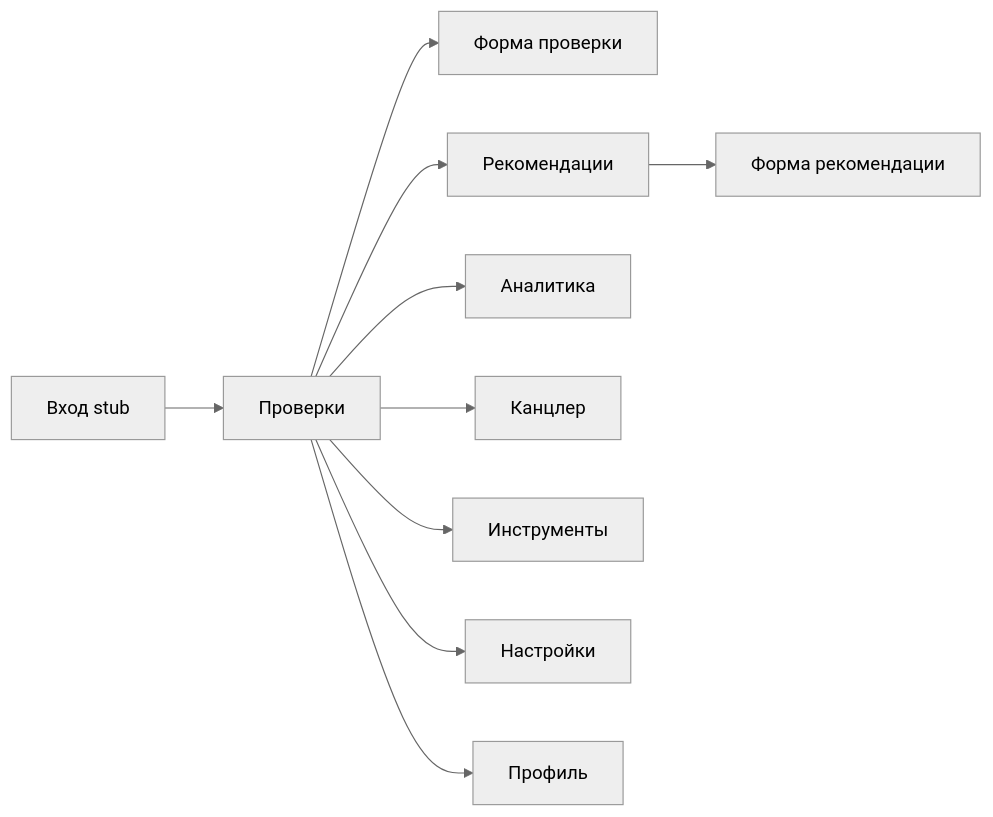
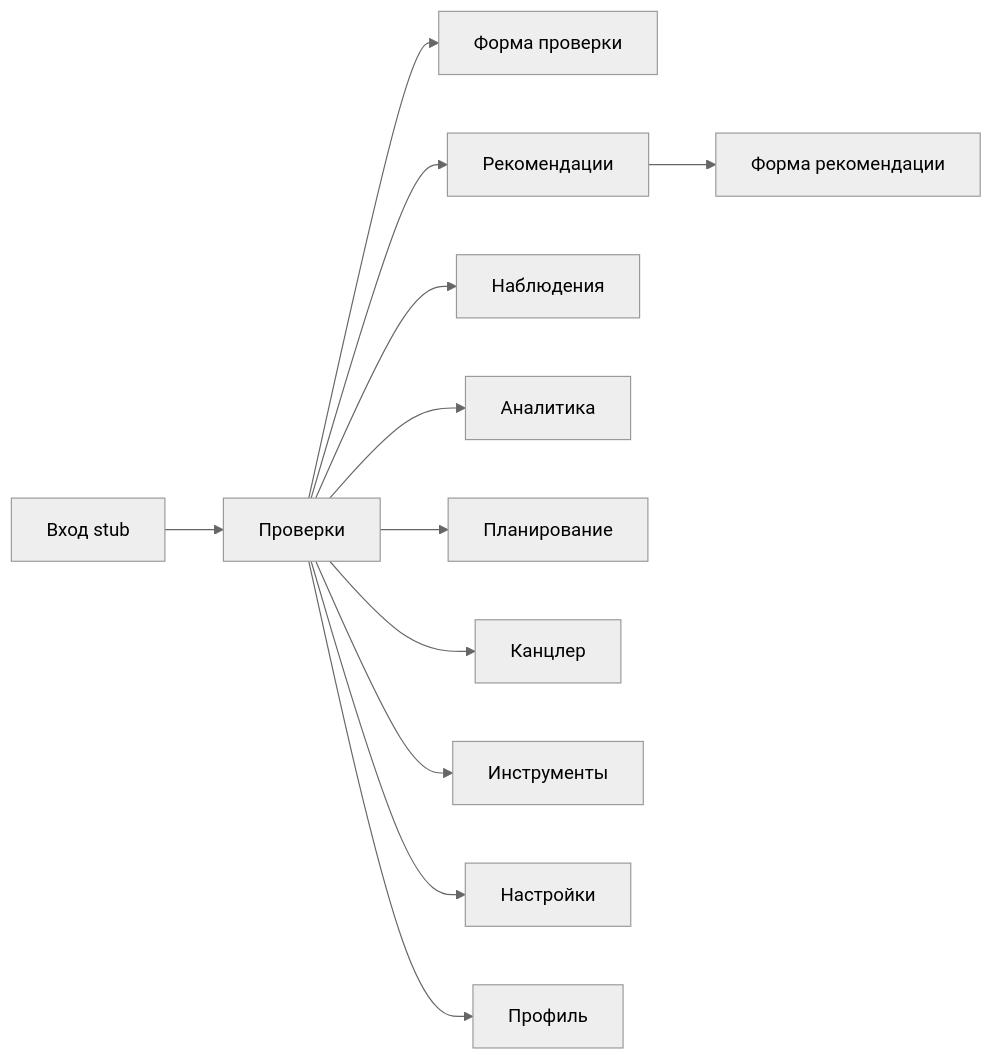
The first of 6 diagrams in sokol-frontend/docs/USER_STORIES.md (sweetd0vee/sokol), drawn with Mermaid (neutral theme) before and after one commit. The commit also changed other lines of this file and 13 other files, not shown here.

````diff
--- a/sokol-frontend/docs/USER_STORIES.md
+++ b/sokol-frontend/docs/USER_STORIES.md
@@ -87,12 +100,14 @@
 ```mermaid
 flowchart LR
   Login[Вход stub] --> Checks[Проверки]
   Checks --> CheckForm[Форма проверки]
   Checks --> Recs[Рекомендации]
   Recs --> RecForm[Форма рекомендации]
+  Checks --> Observations[Наблюдения]
   Checks --> Analytics[Аналитика]
+  Checks --> Planning[Планирование]
   Checks --> Kantsler[Канцлер]
   Checks --> Tools[Инструменты]
   Checks --> Settings[Настройки]
   Checks --> Profile[Профиль]
 ```
````
